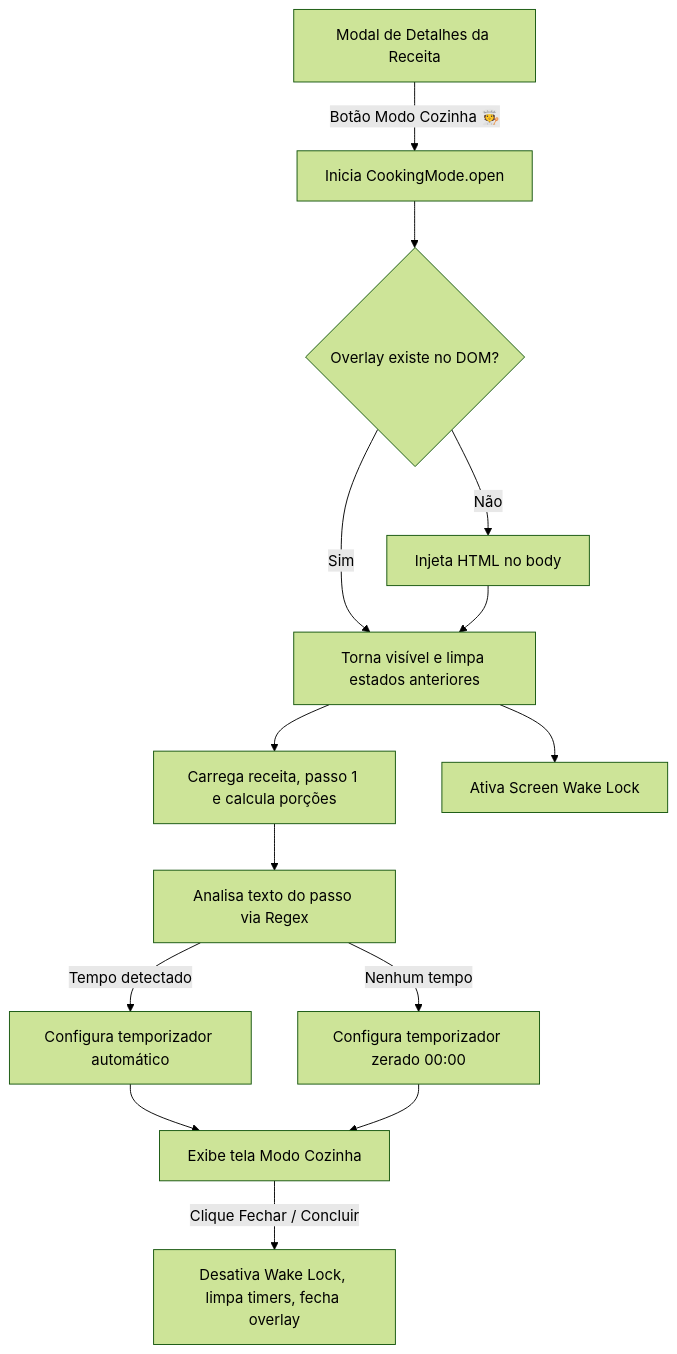
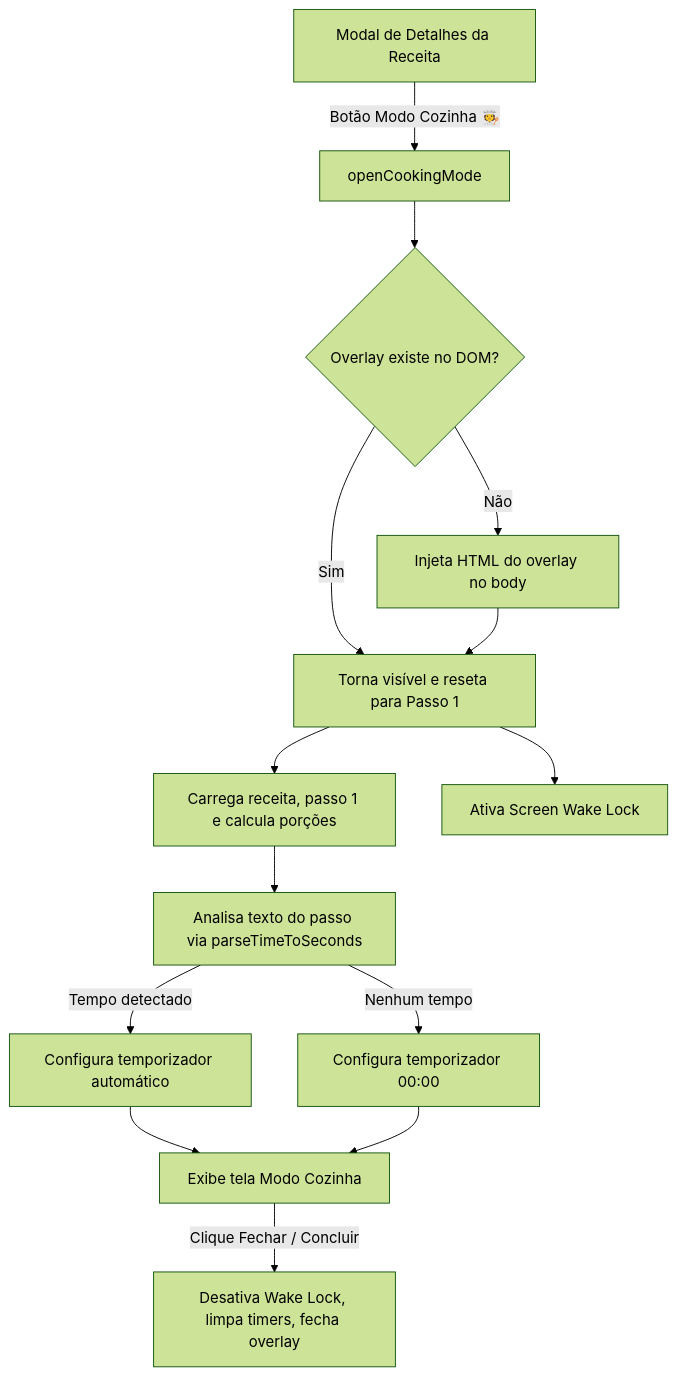
One commit to wagnergsantos/chef-digital changed the diagram in docs/superpowers/specs/2026-07-15-modo-cozinha-design.md. Above: the diagram before and after it, drawn with Mermaid (forest theme). The commit also changed other lines of this file, not shown here.

Commit message:
docs: update cooking mode spec to follow unified architecture

````diff
--- a/docs/superpowers/specs/2026-07-15-modo-cozinha-design.md
+++ b/docs/superpowers/specs/2026-07-15-modo-cozinha-design.md
@@ -38,15 +50,15 @@
 ```mermaid
 graph TD
-    A[Modal de Detalhes da Receita] -->|Botão Modo Cozinha 🧑‍🍳| B[Inicia CookingMode.open]
+    A[Modal de Detalhes da Receita] -->|Botão Modo Cozinha 🧑‍🍳| B[openCookingMode]
     B --> C{Overlay existe no DOM?}
-    C -->|Não| D[Injeta HTML no body]
-    C -->|Sim| E[Torna visível e limpa estados anteriores]
+    C -->|Não| D[Injeta HTML do overlay no body]
+    C -->|Sim| E[Torna visível e reseta para Passo 1]
     D --> E
     E --> F[Carrega receita, passo 1 e calcula porções]
     E --> G[Ativa Screen Wake Lock]
-    F --> H[Analisa texto do passo via Regex]
+    F --> H[Analisa texto do passo via parseTimeToSeconds]
     H -->|Tempo detectado| I[Configura temporizador automático]
-    H -->|Nenhum tempo| J[Configura temporizador zerado 00:00]
+    H -->|Nenhum tempo| J[Configura temporizador 00:00]
     I & J --> K[Exibe tela Modo Cozinha]
     K -->|Clique Fechar / Concluir| L[Desativa Wake Lock, limpa timers, fecha overlay]
 ```
````
